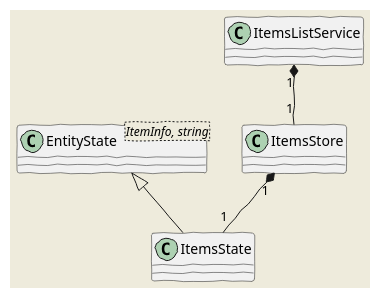
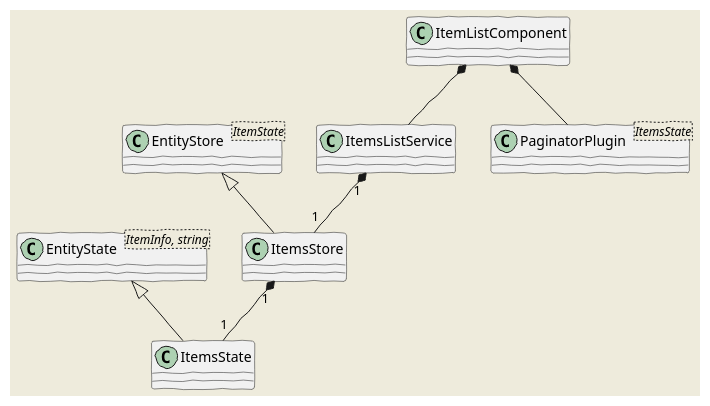
The second of 3 diagrams in web/edit-state.md (vedph/cadmus_doc), drawn with PlantUML before and after one commit. The commit also changed other lines of this file, not shown here.

````diff
--- a/web/edit-state.md
+++ b/web/edit-state.md
@@ -137,14 +155,21 @@
 ```plantuml
 @startuml
     skinparam backgroundColor #EEEBDC
     skinparam handwritten true
 
     class "EntityState<ItemInfo, string>" as EntityStateT
+    class "EntityStore<ItemState>" as EntityStoreT
 
     EntityStateT <|-- ItemsState
 
     ItemsStore "1"*--"1" ItemsState
+    EntityStoreT <|-- ItemsStore
 
     ItemsListService "1"*--"1" ItemsStore
+
+
+    ItemListComponent *-- ItemsListService
+    class "PaginatorPlugin<ItemsState>" as PaginatorPluginT
+    ItemListComponent *-- PaginatorPluginT
 @enduml
 ```
````
